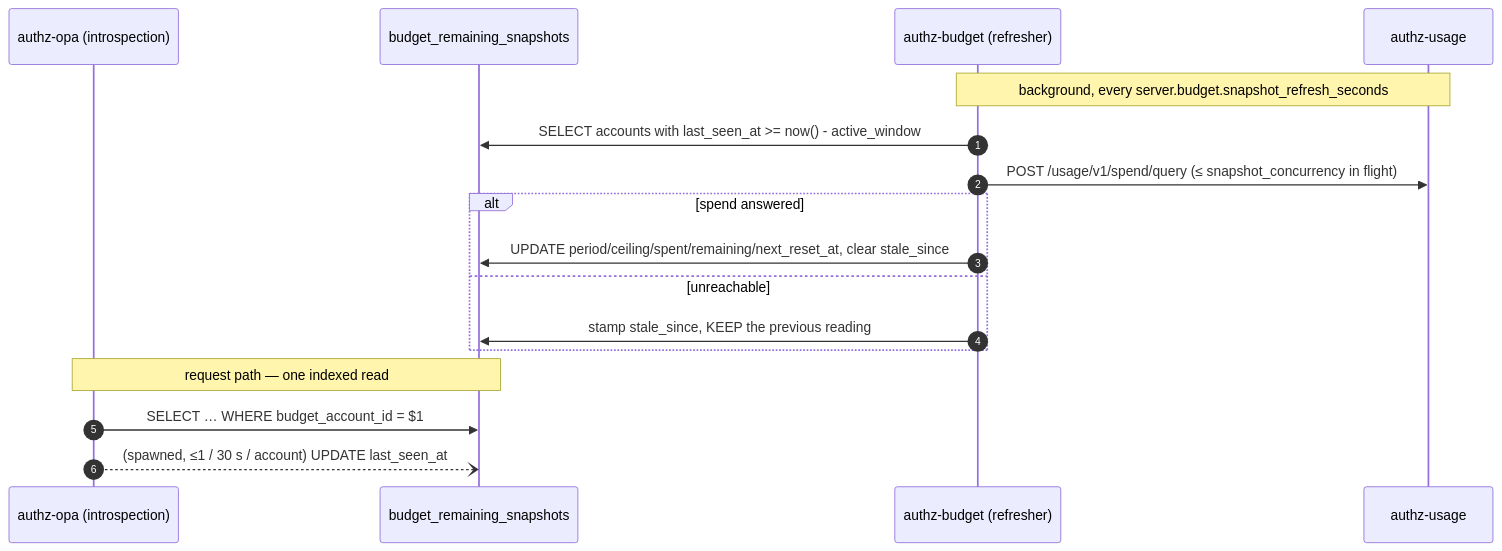
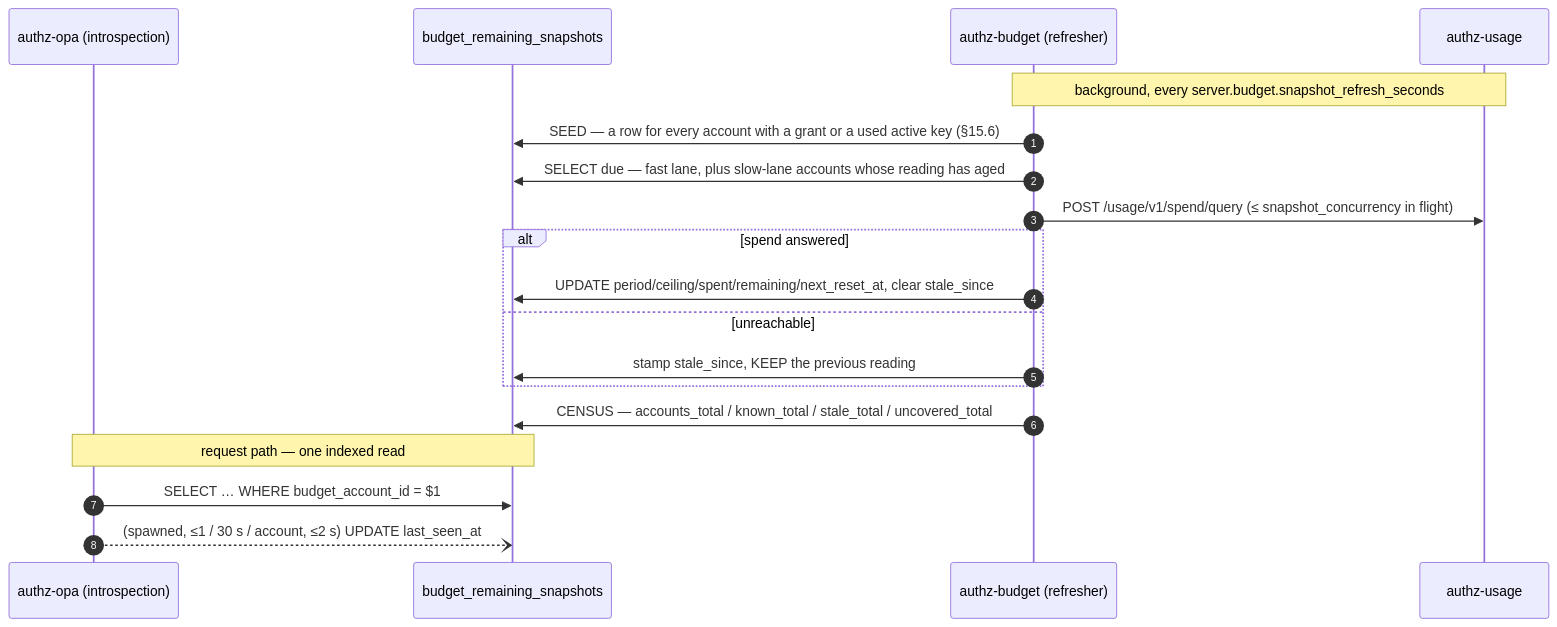
The first of 2 diagrams in docs/runbooks/budget-remaining-snapshot.md (ADORSYS-GIS/lightbridge-authz), drawn with Mermaid before and after one commit. The commit also changed other lines of this file and 25 other files, not shown here.

````diff
--- a/docs/runbooks/budget-remaining-snapshot.md
+++ b/docs/runbooks/budget-remaining-snapshot.md
@@ -13,21 +13,24 @@
 ```mermaid
 sequenceDiagram
     autonumber
     participant O as authz-opa (introspection)
     participant DB as budget_remaining_snapshots
     participant B as authz-budget (refresher)
     participant U as authz-usage
 
     Note over B,U: background, every server.budget.snapshot_refresh_seconds
-    B->>DB: SELECT accounts with last_seen_at >= now() - active_window
+    B->>DB: SEED — a row for every account with a grant or a used active key (§15.6)
+    B->>DB: SELECT due — fast lane, plus slow-lane accounts whose reading has aged
     B->>U: POST /usage/v1/spend/query (≤ snapshot_concurrency in flight)
     alt spend answered
         B->>DB: UPDATE period/ceiling/spent/remaining/next_reset_at, clear stale_since
     else unreachable
         B->>DB: stamp stale_since, KEEP the previous reading
     end
 
+    B->>DB: CENSUS — accounts_total / known_total / stale_total / uncovered_total
+
     Note over O,DB: request path — one indexed read
     O->>DB: SELECT … WHERE budget_account_id = $1
-    O--)DB: (spawned, ≤1 / 30 s / account) UPDATE last_seen_at
+    O--)DB: (spawned, ≤1 / 30 s / account, ≤2 s) UPDATE last_seen_at
 ```
````
